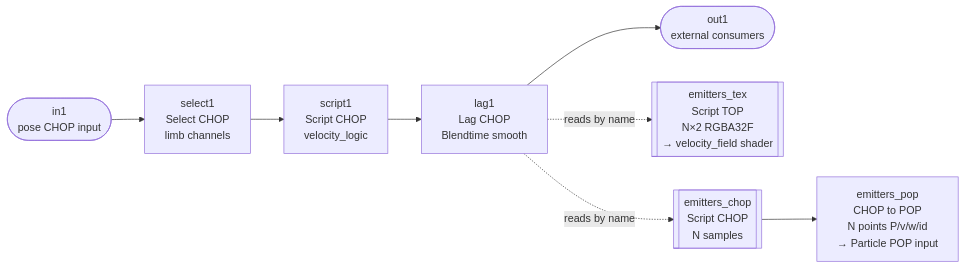
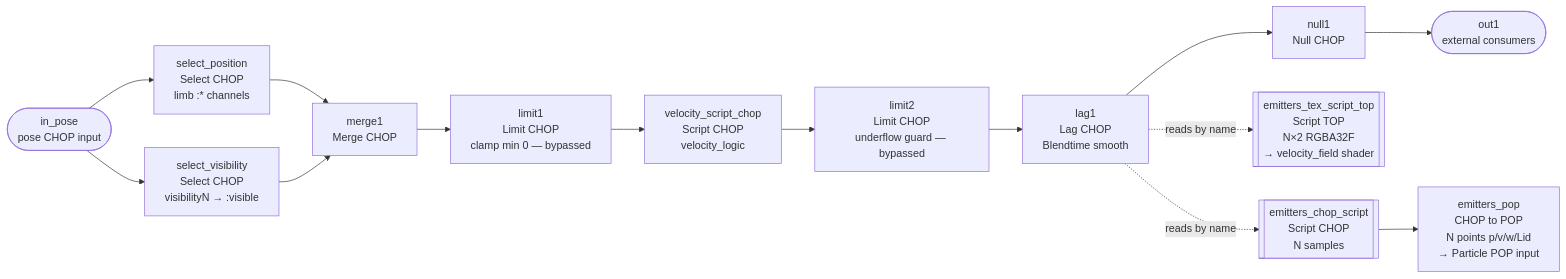
The first of 4 diagrams in velocity_controller_setup.md (laubsauger/mediapipe_particle_base), drawn with Mermaid before and after one commit. The commit also changed other lines of this file and 20 other files, not shown here.

````diff
--- a/velocity_controller_setup.md
+++ b/velocity_controller_setup.md
@@ -216,16 +253,23 @@
 ```mermaid
 flowchart LR
-    in1([in1<br/>pose CHOP input])
-    select1[select1<br/>Select CHOP<br/>limb channels]
-    script1[script1<br/>Script CHOP<br/>velocity_logic]
+    in_pose([in_pose<br/>pose CHOP input])
+    select_position[select_position<br/>Select CHOP<br/>limb :* channels]
+    select_visibility[select_visibility<br/>Select CHOP<br/>visibilityN → :visible]
+    merge1[merge1<br/>Merge CHOP]
+    limit1[limit1<br/>Limit CHOP<br/>clamp min 0 — bypassed]
+    velocity_script_chop[velocity_script_chop<br/>Script CHOP<br/>velocity_logic]
+    limit2[limit2<br/>Limit CHOP<br/>underflow guard — bypassed]
     lag1[lag1<br/>Lag CHOP<br/>Blendtime smooth]
+    null1[null1<br/>Null CHOP]
     out1([out1<br/>external consumers])
-    emitters_tex[[emitters_tex<br/>Script TOP<br/>N×2 RGBA32F<br/>→ velocity_field shader]]
-    emitters_chop[[emitters_chop<br/>Script CHOP<br/>N samples]]
-    emitters_pop[emitters_pop<br/>CHOP to POP<br/>N points P/v/w/id<br/>→ Particle POP input]
+    emitters_tex[[emitters_tex_script_top<br/>Script TOP<br/>N×2 RGBA32F<br/>→ velocity_field shader]]
+    emitters_chop[[emitters_chop_script<br/>Script CHOP<br/>N samples]]
+    emitters_pop[emitters_pop<br/>CHOP to POP<br/>N points p/v/w/Lid<br/>→ Particle POP input]
 
-    in1 --> select1 --> script1 --> lag1 --> out1
+    in_pose --> select_position --> merge1
+    in_pose --> select_visibility --> merge1
+    merge1 --> limit1 --> velocity_script_chop --> limit2 --> lag1 --> null1 --> out1
     lag1 -. reads by name .-> emitters_tex
     lag1 -. reads by name .-> emitters_chop
     emitters_chop --> emitters_pop
 ```
````
